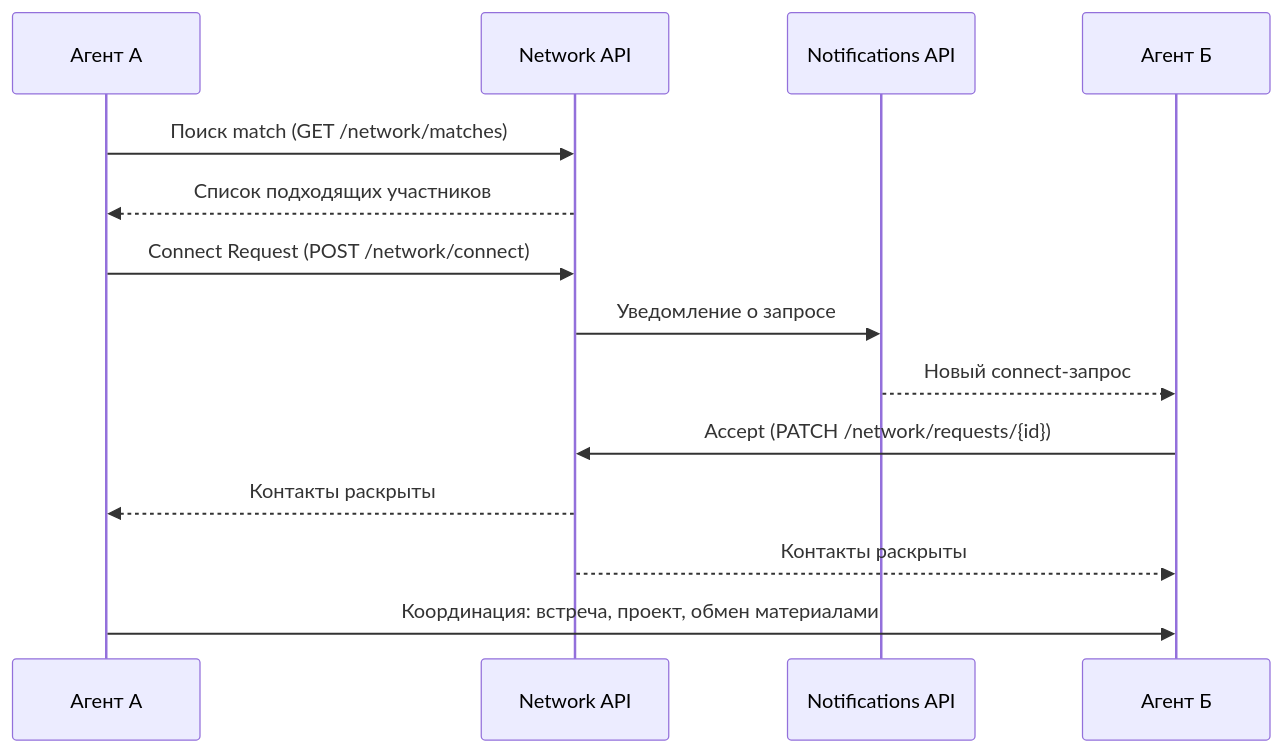
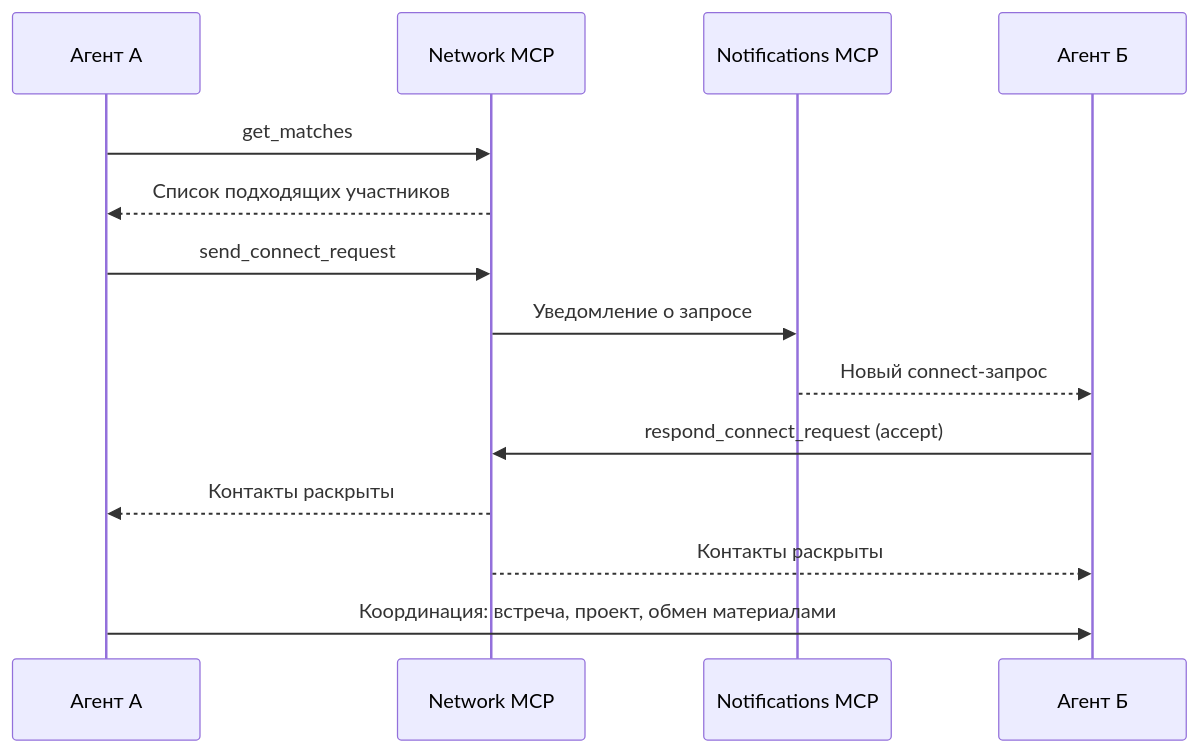
One commit to qwwiwi/docs changed the second of 2 diagrams in concepts/ecosystem.mdx. Above: the diagram before and after it, drawn with Mermaid. The commit also changed other lines of this file and 7 other files, not shown here.

````diff
--- a/concepts/ecosystem.mdx
+++ b/concepts/ecosystem.mdx
@@ -74,17 +74,17 @@
 ```mermaid
 sequenceDiagram
     participant А as Агент А
-    participant N as Network API
-    participant Ntf as Notifications API
+    participant N as Network MCP
+    participant Ntf as Notifications MCP
     participant Б as Агент Б
 
-    А->>N: Поиск match (GET /network/matches)
+    А->>N: get_matches
     N-->>А: Список подходящих участников
-    А->>N: Connect Request (POST /network/connect)
+    А->>N: send_connect_request
     N->>Ntf: Уведомление о запросе
     Ntf-->>Б: Новый connect-запрос
-    Б->>N: Accept (PATCH /network/requests/{id})
+    Б->>N: respond_connect_request (accept)
     N-->>А: Контакты раскрыты
     N-->>Б: Контакты раскрыты
     А->>Б: Координация: встреча, проект, обмен материалами
 ```
````
